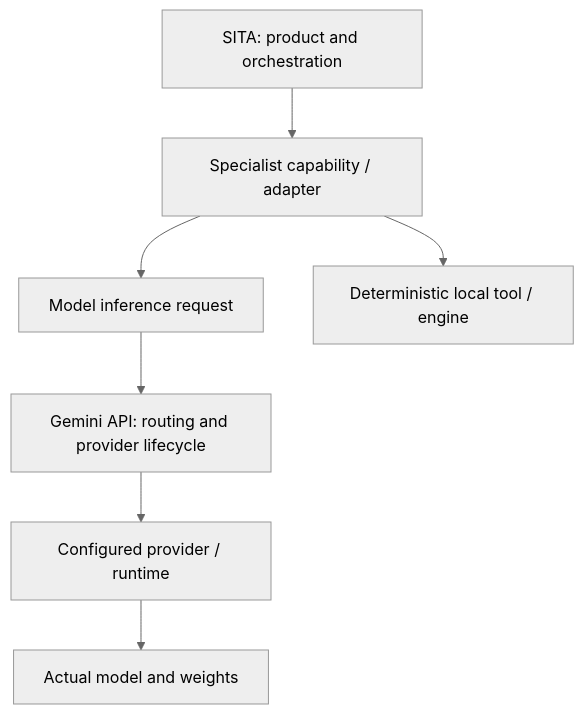
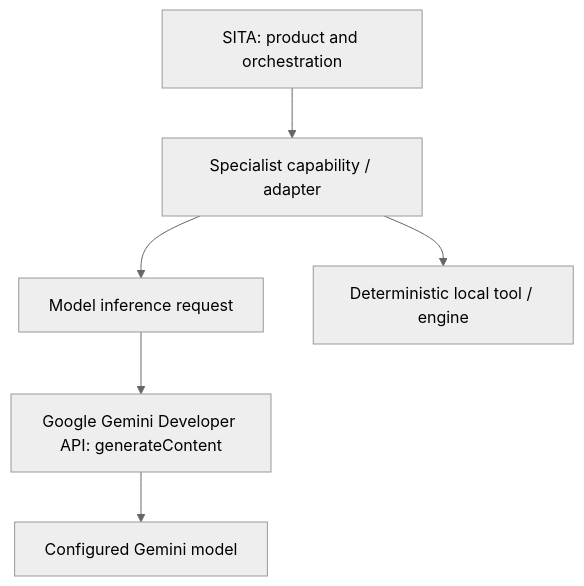
One commit to deathkernel/SITA changed the tenth of 12 diagrams in README.md. Above: the diagram before and after it, drawn with Mermaid (neutral theme). The commit also changed other lines of this file, not shown here.

Commit message:
Fix remaining Gemini architecture diagram labels

````diff
--- a/README.md
+++ b/README.md
@@ -473,9 +473,8 @@
 ```mermaid
 flowchart TB
   App[SITA: product and orchestration] --> Capability[Specialist capability / adapter]
   Capability --> Inference[Model inference request]
-  Inference --> Omni[Gemini API: routing and provider lifecycle]
-  Omni --> Runtime[Configured provider / runtime]
-  Runtime --> Model[Actual model and weights]
+  Inference --> Gemini[Google Gemini Developer API: generateContent]
+  Gemini --> Model[Configured Gemini model]
   Capability --> Tool[Deterministic local tool / engine]
 ```
````
